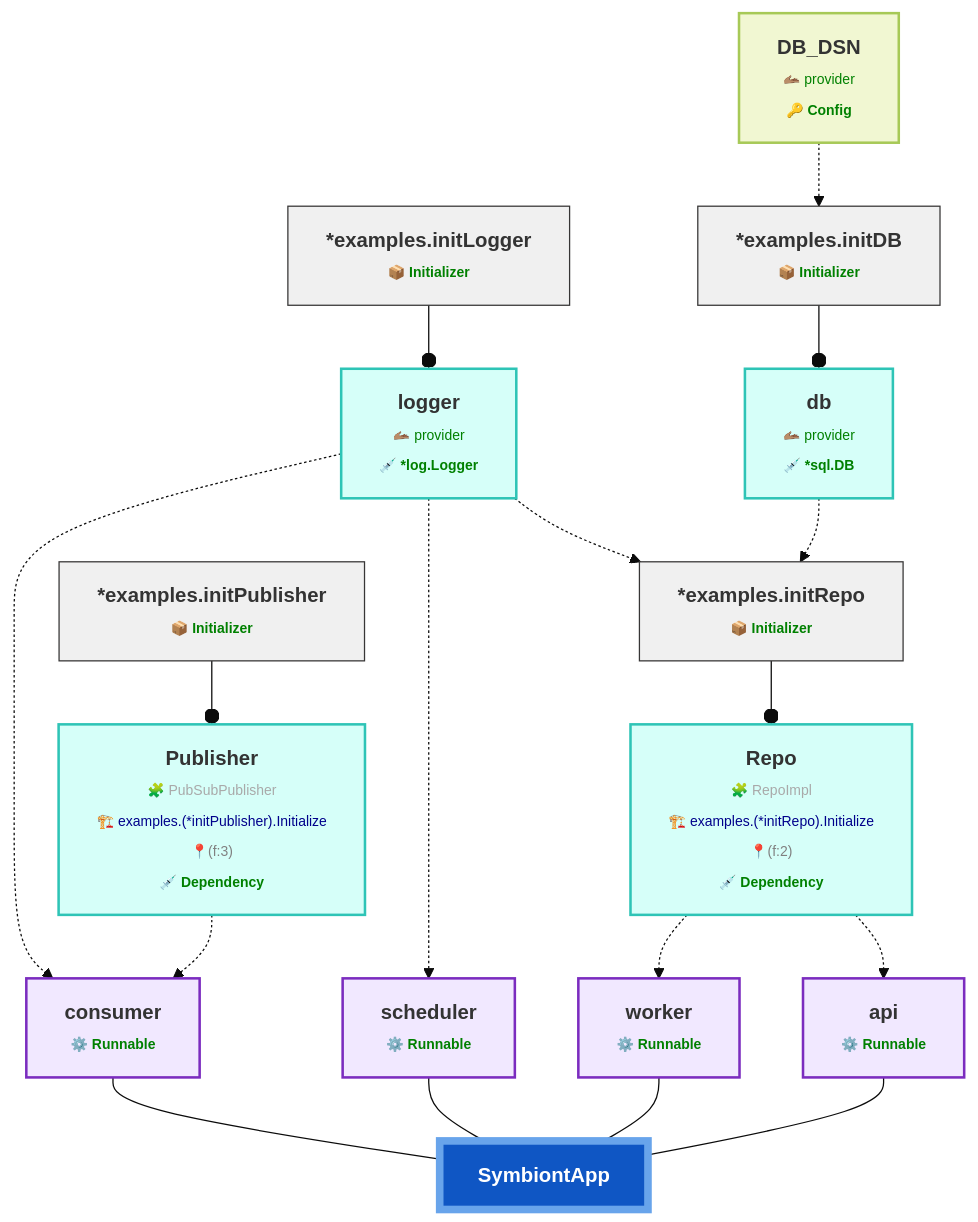
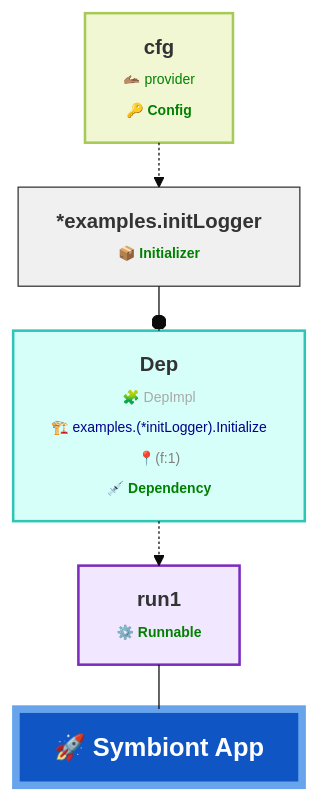
The diagram in docs/introspection-and-visualization.md (cleitonmarx/symbiont), drawn with Mermaid (base theme) before and after one commit.

Commit message:
feat: update Mermaid diagram configuration and structure in introspection documentation

````diff
--- a/docs/introspection-and-visualization.md
+++ b/docs/introspection-and-visualization.md
@@ -105,66 +105,22 @@
 ```mermaid
+---
+config:
+  layout: elk
+---
 graph TD
-    %%subgraph DEPSUB[" "]
-        logger["<b><span style='font-size:16px'>logger</span></b><br/><span style='color:green;font-size:11px;'>🫴🏽 provider</span><br/><span style='color:green;font-size:11px;'>💉 <b>*log.Logger</b></span>"]
-        db["<b><span style='font-size:16px'>db</span></b><br/><span style='color:green;font-size:11px;'>🫴🏽 provider</span><br/><span style='color:green;font-size:11px;'>💉 <b>*sql.DB</b></span>"]
-        DepRepo["<b><span style='font-size:16px'>Repo</span></b><br/><span style='color:darkgray;font-size:11px;'>🧩 RepoImpl</span><br/><span style='color:darkblue;font-size:11px;'>🏗️ examples.(*initRepo).Initialize</span><br/><span style='color:gray;font-size:11px;'>📍(f:2)</span><br/><span style='color:green;font-size:11px;'>💉 <b>Dependency</b></span>"]
-        DepPublisher["<b><span style='font-size:16px'>Publisher</span></b><br/><span style='color:darkgray;font-size:11px;'>🧩 PubSubPublisher</span><br/><span style='color:darkblue;font-size:11px;'>🏗️ examples.(*initPublisher).Initialize</span><br/><span style='color:gray;font-size:11px;'>📍(f:3)</span><br/><span style='color:green;font-size:11px;'>💉 <b>Dependency</b></span>"]
-    %%end
-    %%subgraph CONFIGSUB[" "]
-        cfg["<b><span style='font-size:16px'>DB_DSN</span></b><br/><span style='color:green;font-size:11px;'>🫴🏽 provider</span><br/><span style='color:green;font-size:11px;'>🔑 <b>Config</b></span>"]
-    %%end
-    %%subgraph CALLERSUB[" "]
-        ptr_examples_initLogger["<b><span style='font-size:16px'>*examples.initLogger</span></b><br/><span style='color:green;font-size:11px;'>📦 <b>Initializer</b></span>"]
-        ptr_examples_initRepo["<b><span style='font-size:16px'>*examples.initRepo</span></b><br/><span style='color:green;font-size:11px;'>📦 <b>Initializer</b></span>"]
-        ptr_examples_initPublisher["<b><span style='font-size:16px'>*examples.initPublisher</span></b><br/><span style='color:green;font-size:11px;'>📦 <b>Initializer</b></span>"]
-        ptr_examples_initDB["<b><span style='font-size:16px'>*examples.initDB</span></b><br/><span style='color:green;font-size:11px;'>📦 <b>Initializer</b></span>"]
-    %%end
-    %%subgraph RUNABLESUB[" "]
-        run_api["<b><span style='font-size:16px'>api</span></b><br/><span style='color:green;font-size:11px;'>⚙️ <b>Runnable</b></span><br/>"]
-        run_worker["<b><span style='font-size:16px'>worker</span></b><br/><span style='color:green;font-size:11px;'>⚙️ <b>Runnable</b></span>"]
-        run_scheduler["<b><span style='font-size:16px'>scheduler</span></b><br/><span style='color:green;font-size:11px;'>⚙️ <b>Runnable</b></span>"]
-        run_consumer["<b><span style='font-size:16px'>consumer</span></b><br/><span style='color:green;font-size:11px;'>⚙️ <b>Runnable</b></span>"]
-    %%end
-
-
-    ptr_examples_initLogger --o logger
-    ptr_examples_initDB --o db
-
-    cfg -.-> ptr_examples_initDB
-    ptr_examples_initRepo --o DepRepo
-    ptr_examples_initPublisher --o DepPublisher
-
-    logger -.-> ptr_examples_initRepo
-    db -.-> ptr_examples_initRepo
-
-    DepRepo -.-> run_api
-    DepRepo -.-> run_worker
-    DepPublisher -.-> run_consumer
-    
-    logger -.-> run_scheduler
-    logger -.-> run_consumer
-
-    run_api --- SymbiontApp
-    run_worker --- SymbiontApp
-    run_scheduler --- SymbiontApp
-    run_consumer --- SymbiontApp
-
-
+	cfg["<b><span style='font-size:16px'>cfg</span></b><br/><span style='color:green;font-size:11px;'>🫴🏽 provider</span><br/><span style='color:green;font-size:11px;'>🔑 <b>Config</b></span>"]
+	DepImpl["<b><span style='font-size:16px'>Dep</span></b><br/><span style='color:darkgray;font-size:11px;'>🧩 DepImpl</span><br/><span style='color:darkblue;font-size:11px;'>🏗️ examples.(*initLogger).Initialize</span><br/><span style='color:gray;font-size:11px;'>📍(f:1)</span><br/><span style='color:green;font-size:11px;'>💉 <b>Dependency</b></span>"]
+	ptr_examples_initLogger["<b><span style='font-size:16px'>*examples.initLogger</span></b><br/><span style='color:green;font-size:11px;'>📦 <b>Initializer</b></span>"]
+	run1["<b><span style='font-size:16px'>run1</span></b><br/><span style='color:green;font-size:11px;'>⚙️ <b>Runnable</b></span>"]
+	SymbiontApp["<b><span style='font-size:20px;color:white'>🚀 Symbiont App</span></b>"]
+    ptr_examples_initLogger --o DepImpl
+    DepImpl -.-> run1
+    cfg -.-> ptr_examples_initLogger
+    run1 --- SymbiontApp
     style cfg fill:#f1f7d2,stroke:#a7c957,stroke-width:2px,color:#222222
-    style logger fill:#d6fff9,stroke:#2ec4b6,stroke-width:2px,color:#222222
-    style db fill:#d6fff9,stroke:#2ec4b6,stroke-width:2px,color:#222222
-    style DepRepo fill:#d6fff9,stroke:#2ec4b6,stroke-width:2px,color:#222222
-    style DepPublisher fill:#d6fff9,stroke:#2ec4b6,stroke-width:2px,color:#222222
-
+    style DepImpl fill:#d6fff9,stroke:#2ec4b6,stroke-width:2px,color:#222222
     style ptr_examples_initLogger fill:#f0f0f0,stroke:#373636,stroke-width:1px,color:#222222,font-weight:bold
-    style ptr_examples_initRepo fill:#f0f0f0,stroke:#373636,stroke-width:1px,color:#222222,font-weight:bold
-    style ptr_examples_initPublisher fill:#f0f0f0,stroke:#373636,stroke-width:1px,color:#222222,font-weight:bold
-    style ptr_examples_initDB fill:#f0f0f0,stroke:#373636,stroke-width:1px,color:#222222,font-weight:bold
-
-    style run_api fill:#f1e8ff,stroke:#7b2cbf,stroke-width:2px,color:#222222
-    style run_worker fill:#f1e8ff,stroke:#7b2cbf,stroke-width:2px,color:#222222
-    style run_scheduler fill:#f1e8ff,stroke:#7b2cbf,stroke-width:2px,color:#222222
-    style run_consumer fill:#f1e8ff,stroke:#7b2cbf,stroke-width:2px,color:#222222
+    style run1 fill:#f1e8ff,stroke:#7b2cbf,stroke-width:2px,color:#222222
     style SymbiontApp fill:#0f56c4,stroke:#68a4eb,stroke-width:6px,color:#ffffff,font-weight:bold
 
 ```
````
